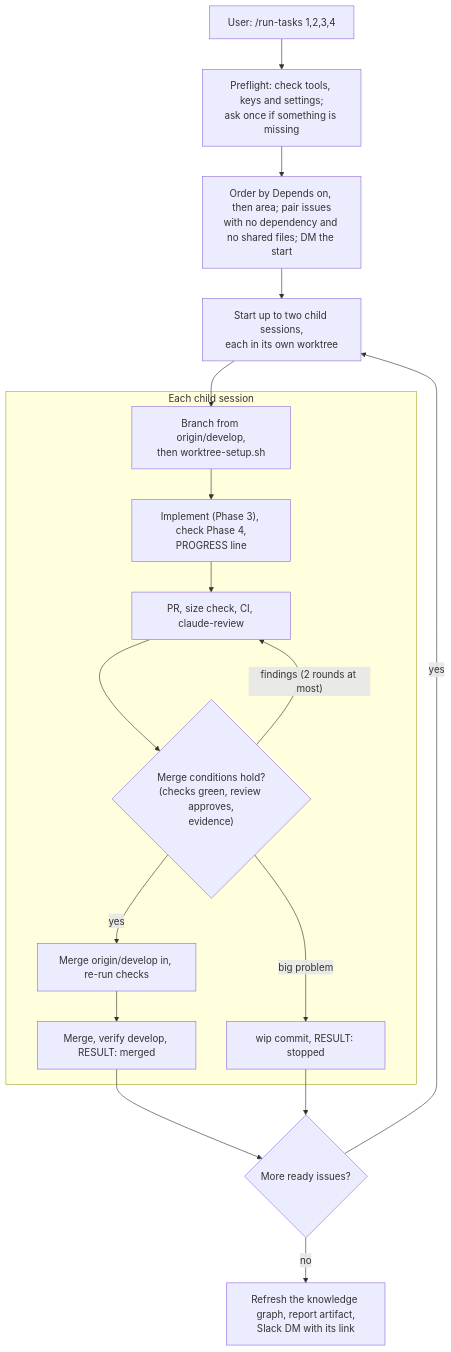
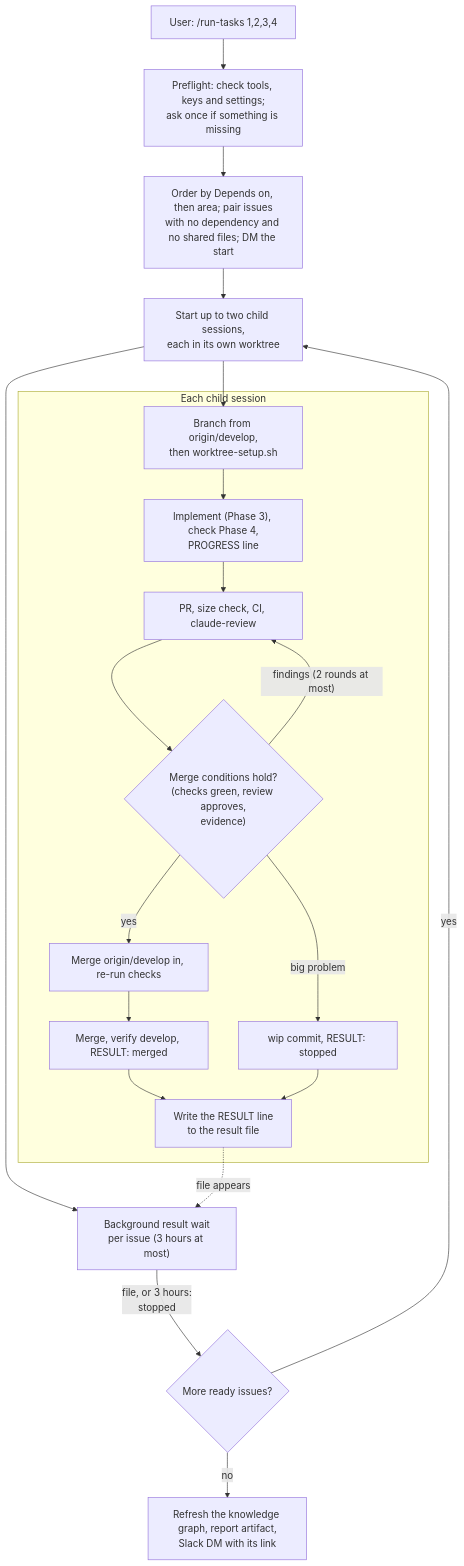
The fifth of 5 diagrams in docs/workflow.md (huynguyennang-agilityio/claude-code-training), drawn with Mermaid before and after one commit. The commit also changed other lines of this file and 2 other files, not shown here.

Commit message:
chore(infra): /run-tasks parent wakes itself when a child ends
Children wait for CI and the review in the foreground and write their
RESULT line to a result file in the main checkout's .git; the parent
keeps a disk-only background wait per running issue, with a 3-hour
limit, instead of relying on the app's notifications (plan 035, task 1).

````diff
--- a/docs/workflow.md
+++ b/docs/workflow.md
@@ -121,20 +121,23 @@
 ```mermaid
 flowchart TD
     A["User: /run-tasks 1,2,3,4"] --> PF["Preflight: check tools, keys and settings;<br/>ask once if something is missing"]
     PF --> O["Order by Depends on, then area; pair issues<br/>with no dependency and no shared files; DM the start"]
     O --> C["Start up to two child sessions,<br/>each in its own worktree"]
     subgraph child ["Each child session"]
       W["Branch from origin/develop,<br/>then worktree-setup.sh"] --> I["Implement (Phase 3), check Phase 4,<br/>PROGRESS line"]
       I --> P["PR, size check, CI, claude-review"]
       P --> F{"Merge conditions hold?<br/>(checks green, review approves,<br/>evidence)"}
       F -- "findings (2 rounds at most)" --> P
       F -- yes --> D["Merge origin/develop in, re-run checks"]
       D --> M["Merge, verify develop, RESULT: merged"]
       F -- "big problem" --> S["wip commit, RESULT: stopped"]
+      M --> RF["Write the RESULT line<br/>to the result file"]
+      S --> RF
     end
     C --> W
-    M --> N{"More ready issues?"}
-    S --> N
+    C --> RW["Background result wait<br/>per issue (3 hours at most)"]
+    RF -. "file appears" .-> RW
+    RW -- "file, or 3 hours:<br/>stopped" --> N{"More ready issues?"}
     N -- yes --> C
     N -- no --> E["Refresh the knowledge graph, report artifact,<br/>Slack DM with its link"]
 ```
````
